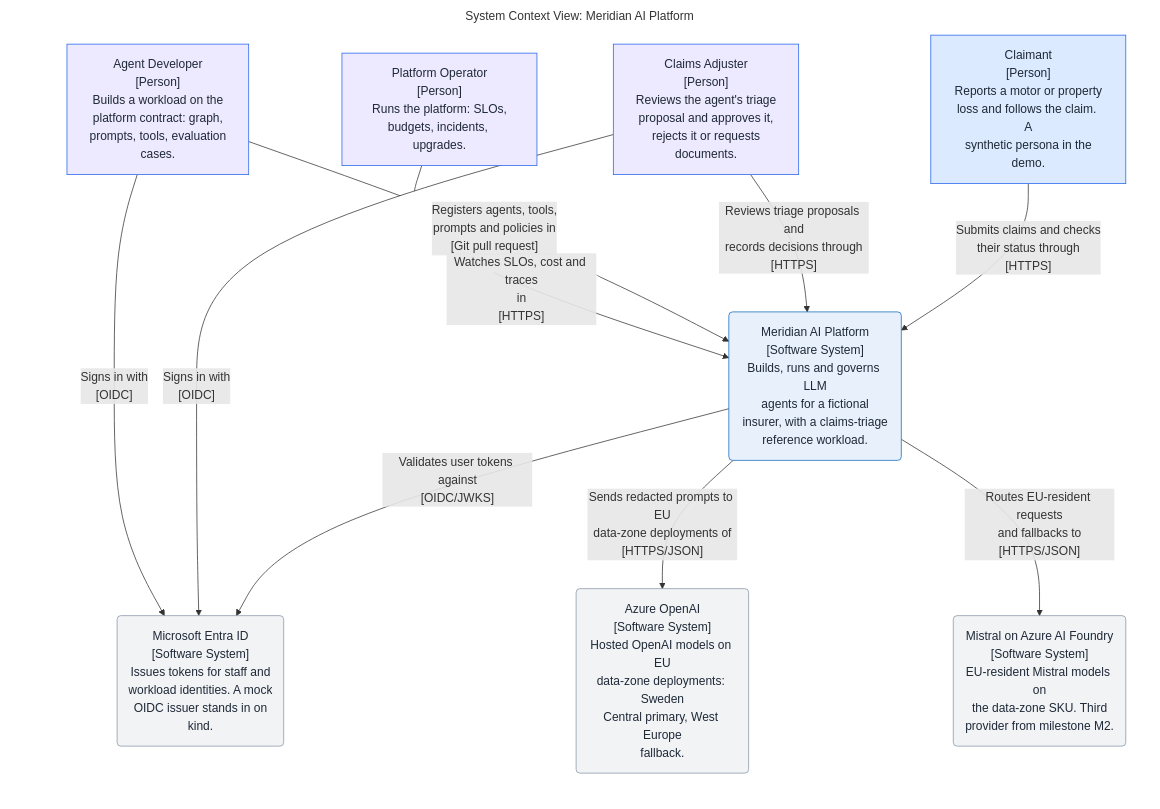
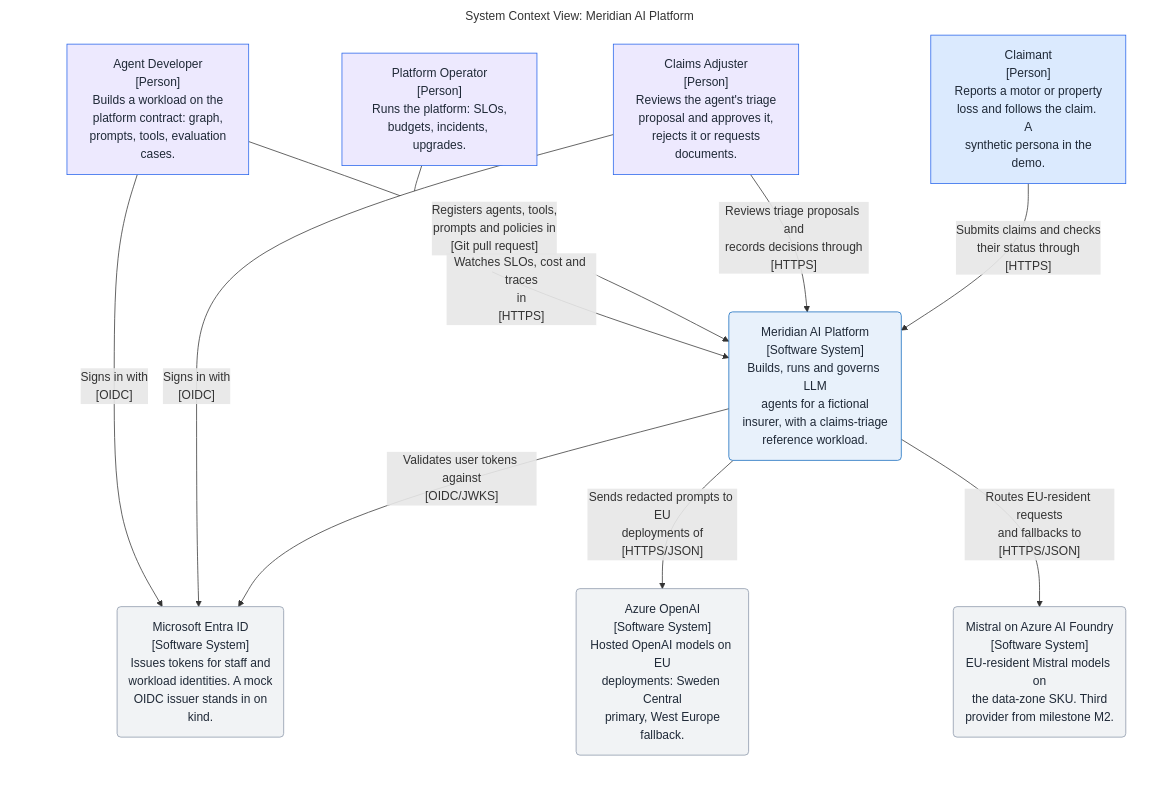
One commit to Dezoxy/meridian-ai-platform changed the diagram in README.md. Above: the diagram before and after it, drawn with Mermaid. The commit also changed other lines of this file and 25 other files, not shown here.

````diff
--- a/README.md
+++ b/README.md
@@ -20,36 +20,36 @@
 ```mermaid
 graph LR
   linkStyle default fill:#ffffff
 
   subgraph diagram ["System Context View: Meridian AI Platform"]
     style diagram fill:#ffffff,stroke:#ffffff
 
     1["Claimant<br/>[Person]<br/>Reports a motor or property<br/>loss and follows the claim. A<br/>synthetic persona in the<br/>demo."]
     style 1 fill:#dbeafe,stroke:#2563eb,color:#1f2937
     10("Meridian AI Platform<br/>[Software System]<br/>Builds, runs and governs LLM<br/>agents for a fictional<br/>insurer, with a claims-triage<br/>reference workload.")
     style 10 fill:#e8f1fb,stroke:#1168bd,color:#1f2937
     2["Claims Adjuster<br/>[Person]<br/>Reviews the agent's triage<br/>proposal and approves it,<br/>rejects it or requests<br/>documents."]
     style 2 fill:#ede9fe,stroke:#2563eb,color:#1f2937
     3["Agent Developer<br/>[Person]<br/>Builds a workload on the<br/>platform contract: graph,<br/>prompts, tools, evaluation<br/>cases."]
     style 3 fill:#ede9fe,stroke:#2563eb,color:#1f2937
     4["Platform Operator<br/>[Person]<br/>Runs the platform: SLOs,<br/>budgets, incidents, upgrades."]
     style 4 fill:#ede9fe,stroke:#2563eb,color:#1f2937
     5("Microsoft Entra ID<br/>[Software System]<br/>Issues tokens for staff and<br/>workload identities. A mock<br/>OIDC issuer stands in on<br/>kind.")
     style 5 fill:#f1f3f5,stroke:#8a96a8,color:#1f2937
-    6("Azure OpenAI<br/>[Software System]<br/>Hosted OpenAI models on EU<br/>data-zone deployments: Sweden<br/>Central primary, West Europe<br/>fallback.")
+    6("Azure OpenAI<br/>[Software System]<br/>Hosted OpenAI models on EU<br/>deployments: Sweden Central<br/>primary, West Europe<br/>fallback.")
     style 6 fill:#f1f3f5,stroke:#8a96a8,color:#1f2937
     7("Mistral on Azure AI Foundry<br/>[Software System]<br/>EU-resident Mistral models on<br/>the data-zone SKU. Third<br/>provider from milestone M2.")
     style 7 fill:#f1f3f5,stroke:#8a96a8,color:#1f2937
 
     1-- "Submits claims and checks<br/>their status through<br/>[HTTPS]" -->10
     2-- "Reviews triage proposals and<br/>records decisions through<br/>[HTTPS]" -->10
     3-- "Registers agents, tools,<br/>prompts and policies in<br/>[Git pull request]" -->10
     4-- "Watches SLOs, cost and traces<br/>in<br/>[HTTPS]" -->10
     10-- "Validates user tokens against<br/>[OIDC/JWKS]" -->5
-    10-- "Sends redacted prompts to EU<br/>data-zone deployments of<br/>[HTTPS/JSON]" -->6
+    10-- "Sends redacted prompts to EU<br/>deployments of<br/>[HTTPS/JSON]" -->6
     10-- "Routes EU-resident requests<br/>and fallbacks to<br/>[HTTPS/JSON]" -->7
     2-- "Signs in with<br/>[OIDC]" -->5
     3-- "Signs in with<br/>[OIDC]" -->5
 
   end
 ```
````
